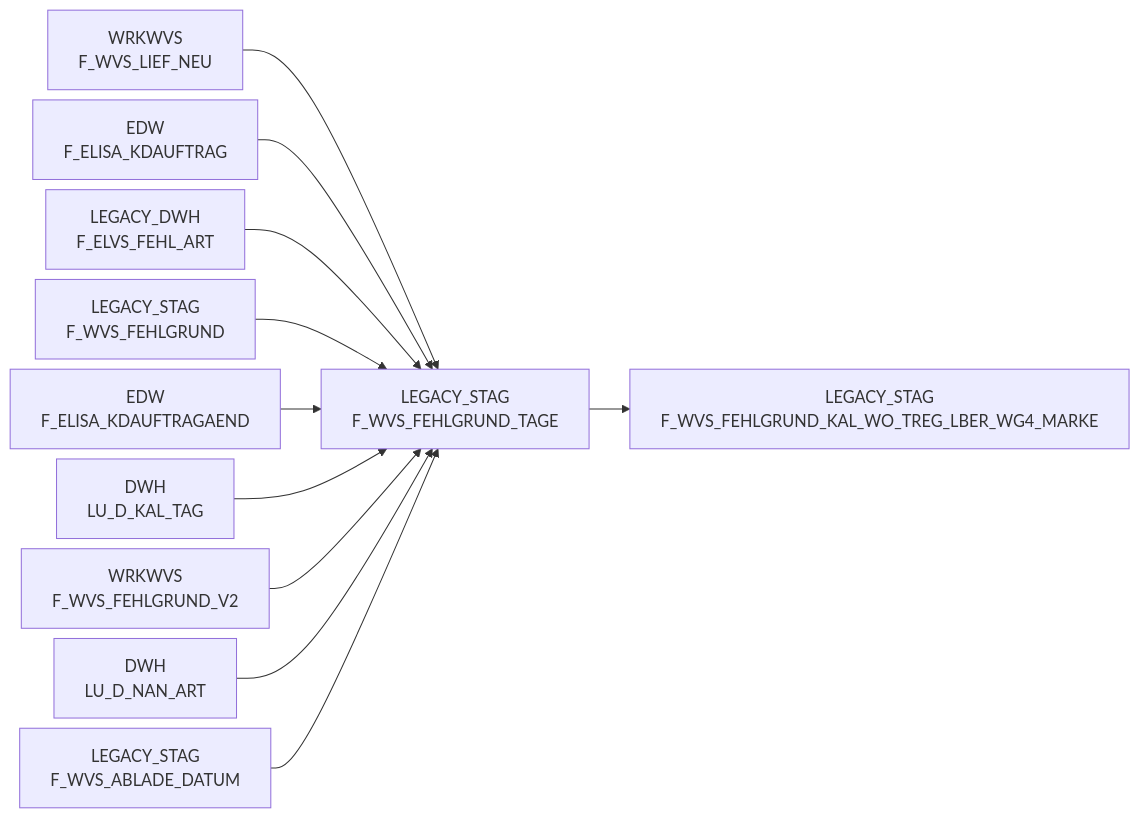
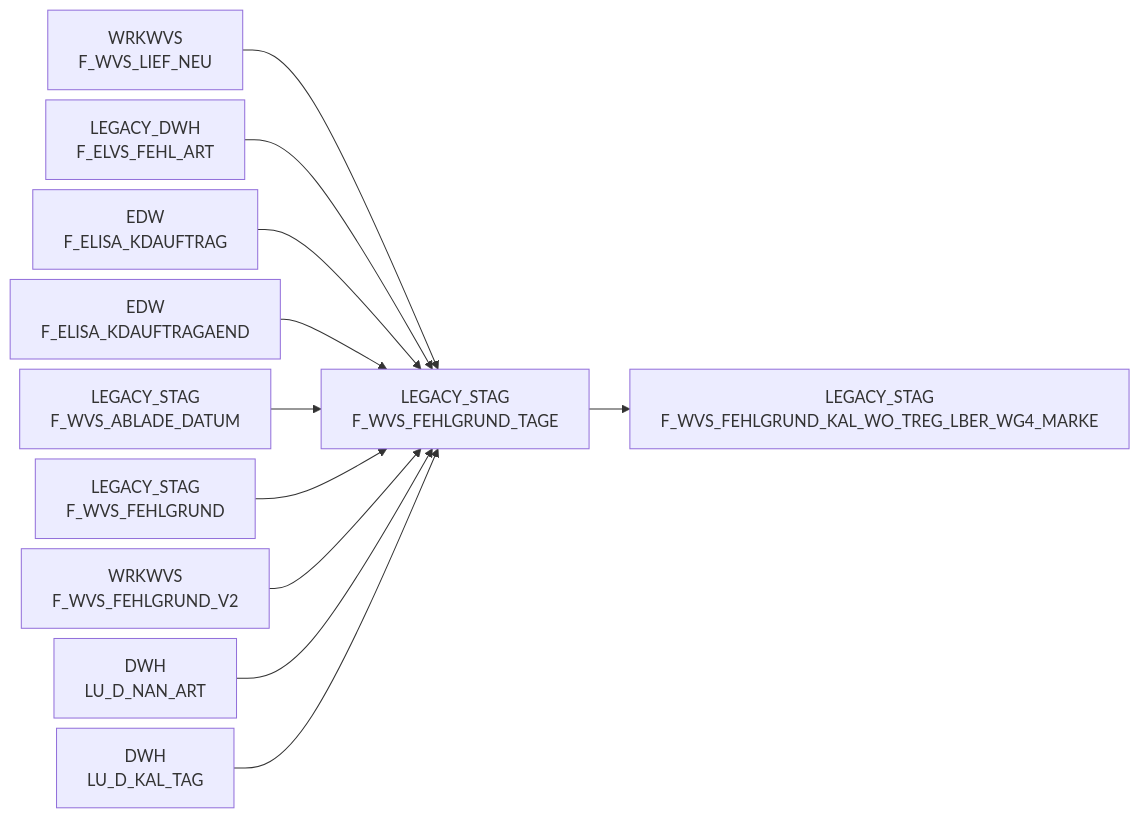
The diagram in docs/Tables/LEGACY_STAG/F_WVS_FEHLGRUND_TAGE.md (integration-factory-de/sas_code_docs), drawn with Mermaid before and after one commit. The commit also changed other lines of this file and 129 other files, not shown here.

````diff
--- a/docs/Tables/LEGACY_STAG/F_WVS_FEHLGRUND_TAGE.md
+++ b/docs/Tables/LEGACY_STAG/F_WVS_FEHLGRUND_TAGE.md
@@ -9,36 +13,36 @@
 ```mermaid
 %%{init: {'flowchart': { 'nodeSpacing': 10, 'rankSpacing': 40, 'rankdir': 'TB' }}}%%
 
 flowchart LR
 
+  LEGACY_STAG.F_WVS_FEHLGRUND_TAGE["LEGACY_STAG<br/>F_WVS_FEHLGRUND_TAGE"] --> LEGACY_STAG.F_WVS_FEHLGRUND_KAL_WO_TREG_LBER_WG4_MARKE["LEGACY_STAG<br/>F_WVS_FEHLGRUND_KAL_WO_TREG_LBER_WG4_MARKE"]
   WRKWVS.F_WVS_LIEF_NEU["WRKWVS<br/>F_WVS_LIEF_NEU"] --> LEGACY_STAG.F_WVS_FEHLGRUND_TAGE["LEGACY_STAG<br/>F_WVS_FEHLGRUND_TAGE"]
+  LEGACY_DWH.F_ELVS_FEHL_ART["LEGACY_DWH<br/>F_ELVS_FEHL_ART"] --> LEGACY_STAG.F_WVS_FEHLGRUND_TAGE["LEGACY_STAG<br/>F_WVS_FEHLGRUND_TAGE"]
   EDW.F_ELISA_KDAUFTRAG["EDW<br/>F_ELISA_KDAUFTRAG"] --> LEGACY_STAG.F_WVS_FEHLGRUND_TAGE["LEGACY_STAG<br/>F_WVS_FEHLGRUND_TAGE"]
-  LEGACY_DWH.F_ELVS_FEHL_ART["LEGACY_DWH<br/>F_ELVS_FEHL_ART"] --> LEGACY_STAG.F_WVS_FEHLGRUND_TAGE["LEGACY_STAG<br/>F_WVS_FEHLGRUND_TAGE"]
-  LEGACY_STAG.F_WVS_FEHLGRUND_TAGE["LEGACY_STAG<br/>F_WVS_FEHLGRUND_TAGE"] --> LEGACY_STAG.F_WVS_FEHLGRUND_KAL_WO_TREG_LBER_WG4_MARKE["LEGACY_STAG<br/>F_WVS_FEHLGRUND_KAL_WO_TREG_LBER_WG4_MARKE"]
+  EDW.F_ELISA_KDAUFTRAGAEND["EDW<br/>F_ELISA_KDAUFTRAGAEND"] --> LEGACY_STAG.F_WVS_FEHLGRUND_TAGE["LEGACY_STAG<br/>F_WVS_FEHLGRUND_TAGE"]
+  LEGACY_STAG.F_WVS_ABLADE_DATUM["LEGACY_STAG<br/>F_WVS_ABLADE_DATUM"] --> LEGACY_STAG.F_WVS_FEHLGRUND_TAGE["LEGACY_STAG<br/>F_WVS_FEHLGRUND_TAGE"]
   LEGACY_STAG.F_WVS_FEHLGRUND["LEGACY_STAG<br/>F_WVS_FEHLGRUND"] --> LEGACY_STAG.F_WVS_FEHLGRUND_TAGE["LEGACY_STAG<br/>F_WVS_FEHLGRUND_TAGE"]
-  EDW.F_ELISA_KDAUFTRAGAEND["EDW<br/>F_ELISA_KDAUFTRAGAEND"] --> LEGACY_STAG.F_WVS_FEHLGRUND_TAGE["LEGACY_STAG<br/>F_WVS_FEHLGRUND_TAGE"]
-  DWH.LU_D_KAL_TAG["DWH<br/>LU_D_KAL_TAG"] --> LEGACY_STAG.F_WVS_FEHLGRUND_TAGE["LEGACY_STAG<br/>F_WVS_FEHLGRUND_TAGE"]
   WRKWVS.F_WVS_FEHLGRUND_V2["WRKWVS<br/>F_WVS_FEHLGRUND_V2"] --> LEGACY_STAG.F_WVS_FEHLGRUND_TAGE["LEGACY_STAG<br/>F_WVS_FEHLGRUND_TAGE"]
   DWH.LU_D_NAN_ART["DWH<br/>LU_D_NAN_ART"] --> LEGACY_STAG.F_WVS_FEHLGRUND_TAGE["LEGACY_STAG<br/>F_WVS_FEHLGRUND_TAGE"]
-  LEGACY_STAG.F_WVS_ABLADE_DATUM["LEGACY_STAG<br/>F_WVS_ABLADE_DATUM"] --> LEGACY_STAG.F_WVS_FEHLGRUND_TAGE["LEGACY_STAG<br/>F_WVS_FEHLGRUND_TAGE"]
+  DWH.LU_D_KAL_TAG["DWH<br/>LU_D_KAL_TAG"] --> LEGACY_STAG.F_WVS_FEHLGRUND_TAGE["LEGACY_STAG<br/>F_WVS_FEHLGRUND_TAGE"]
+  click LEGACY_STAG.F_WVS_FEHLGRUND_TAGE "../../tables/LEGACY_STAG/F_WVS_FEHLGRUND_TAGE"
   click WRKWVS.F_WVS_LIEF_NEU "../../tables/WRKWVS/F_WVS_LIEF_NEU"
+  click LEGACY_DWH.F_ELVS_FEHL_ART "../../tables/LEGACY_DWH/F_ELVS_FEHL_ART"
   click EDW.F_ELISA_KDAUFTRAG "../../tables/EDW/F_ELISA_KDAUFTRAG"
-  click LEGACY_DWH.F_ELVS_FEHL_ART "../../tables/LEGACY_DWH/F_ELVS_FEHL_ART"
-  click LEGACY_STAG.F_WVS_FEHLGRUND_TAGE "../../tables/LEGACY_STAG/F_WVS_FEHLGRUND_TAGE"
+  click EDW.F_ELISA_KDAUFTRAGAEND "../../tables/EDW/F_ELISA_KDAUFTRAGAEND"
+  click LEGACY_STAG.F_WVS_ABLADE_DATUM "../../tables/LEGACY_STAG/F_WVS_ABLADE_DATUM"
   click LEGACY_STAG.F_WVS_FEHLGRUND "../../tables/LEGACY_STAG/F_WVS_FEHLGRUND"
-  click EDW.F_ELISA_KDAUFTRAGAEND "../../tables/EDW/F_ELISA_KDAUFTRAGAEND"
-  click DWH.LU_D_KAL_TAG "../../tables/DWH/LU_D_KAL_TAG"
   click WRKWVS.F_WVS_FEHLGRUND_V2 "../../tables/WRKWVS/F_WVS_FEHLGRUND_V2"
   click DWH.LU_D_NAN_ART "../../tables/DWH/LU_D_NAN_ART"
-  click LEGACY_STAG.F_WVS_ABLADE_DATUM "../../tables/LEGACY_STAG/F_WVS_ABLADE_DATUM"
-  click LEGACY_STAG.F_WVS_FEHLGRUND_TAGE "../../tables/LEGACY_STAG/F_WVS_FEHLGRUND_TAGE"
-  click LEGACY_STAG.F_WVS_FEHLGRUND_TAGE "../../tables/LEGACY_STAG/F_WVS_FEHLGRUND_TAGE"
-  click LEGACY_STAG.F_WVS_FEHLGRUND_TAGE "../../tables/LEGACY_STAG/F_WVS_FEHLGRUND_TAGE"
+  click DWH.LU_D_KAL_TAG "../../tables/DWH/LU_D_KAL_TAG"
   click LEGACY_STAG.F_WVS_FEHLGRUND_KAL_WO_TREG_LBER_WG4_MARKE "../../tables/LEGACY_STAG/F_WVS_FEHLGRUND_KAL_WO_TREG_LBER_WG4_MARKE"
   click LEGACY_STAG.F_WVS_FEHLGRUND_TAGE "../../tables/LEGACY_STAG/F_WVS_FEHLGRUND_TAGE"
   click LEGACY_STAG.F_WVS_FEHLGRUND_TAGE "../../tables/LEGACY_STAG/F_WVS_FEHLGRUND_TAGE"
   click LEGACY_STAG.F_WVS_FEHLGRUND_TAGE "../../tables/LEGACY_STAG/F_WVS_FEHLGRUND_TAGE"
   click LEGACY_STAG.F_WVS_FEHLGRUND_TAGE "../../tables/LEGACY_STAG/F_WVS_FEHLGRUND_TAGE"
   click LEGACY_STAG.F_WVS_FEHLGRUND_TAGE "../../tables/LEGACY_STAG/F_WVS_FEHLGRUND_TAGE"
   click LEGACY_STAG.F_WVS_FEHLGRUND_TAGE "../../tables/LEGACY_STAG/F_WVS_FEHLGRUND_TAGE"
+  click LEGACY_STAG.F_WVS_FEHLGRUND_TAGE "../../tables/LEGACY_STAG/F_WVS_FEHLGRUND_TAGE"
+  click LEGACY_STAG.F_WVS_FEHLGRUND_TAGE "../../tables/LEGACY_STAG/F_WVS_FEHLGRUND_TAGE"
+  click LEGACY_STAG.F_WVS_FEHLGRUND_TAGE "../../tables/LEGACY_STAG/F_WVS_FEHLGRUND_TAGE"
 ```
````
